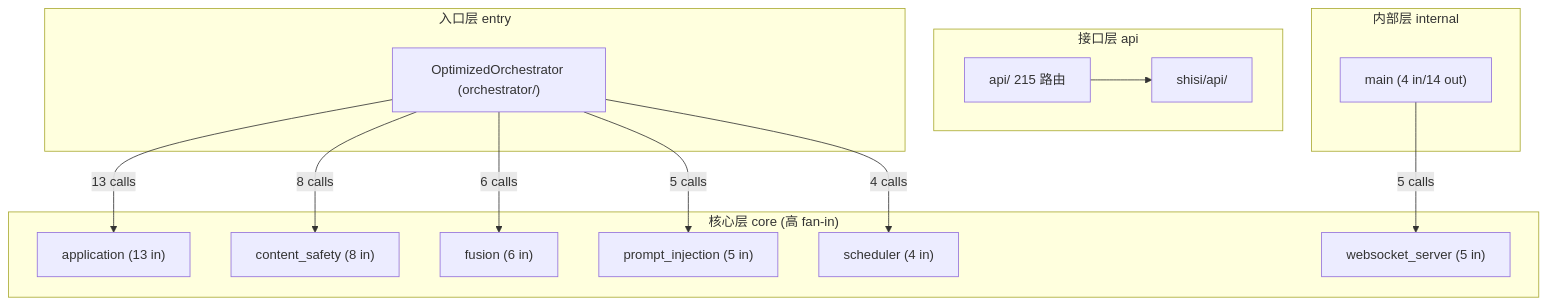
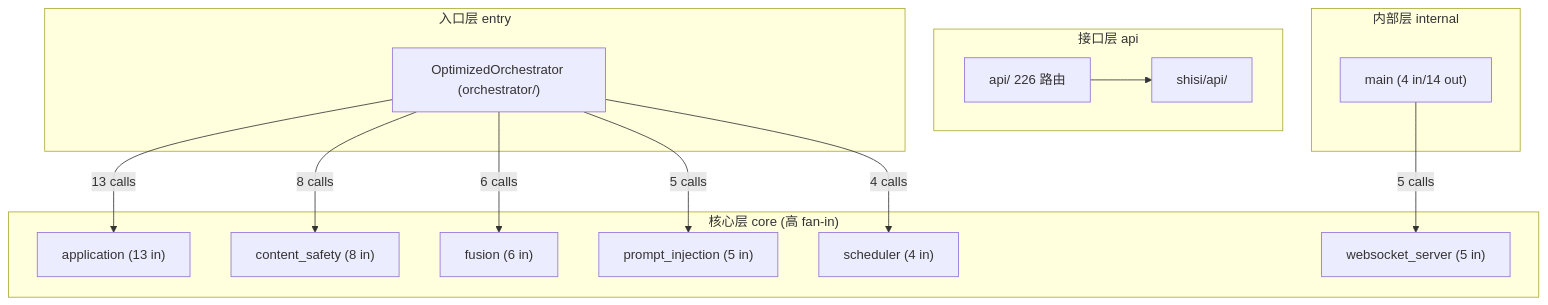
The first of 2 diagrams in CODE_GRAPH.md (FOURTEEN1416/fourteen), drawn with Mermaid before and after one commit. The commit also changed other lines of this file and 15 other files, not shown here.

````diff
--- a/CODE_GRAPH.md
+++ b/CODE_GRAPH.md
@@ -136,28 +136,28 @@
 ```mermaid
 graph TD
     subgraph ENTRY["入口层 entry"]
         OA["OptimizedOrchestrator (orchestrator/)"]
     end
     subgraph API["接口层 api"]
-        AR["api/ 215 路由"]
+        AR["api/ 226 路由"]
         SA["shisi/api/"]
     end
     subgraph CORE["核心层 core (高 fan-in)"]
         APP["application (13 in)"]
         CS["content_safety (8 in)"]
         FUS["fusion (6 in)"]
         PI["prompt_injection (5 in)"]
         SCHED["scheduler (4 in)"]
         WS["websocket_server (5 in)"]
     end
     subgraph INTERNAL["内部层 internal"]
         MAIN["main (4 in/14 out)"]
     end
     OA -->|"13 calls"| APP
     OA -->|"8 calls"| CS
     OA -->|"6 calls"| FUS
     OA -->|"5 calls"| PI
     OA -->|"4 calls"| SCHED
     MAIN -->|"5 calls"| WS
     AR --> SA
 ```
````
